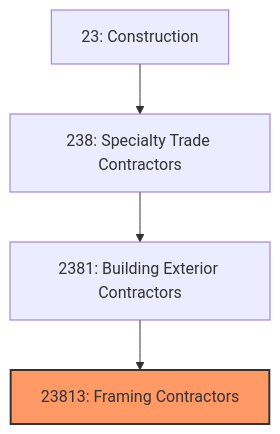
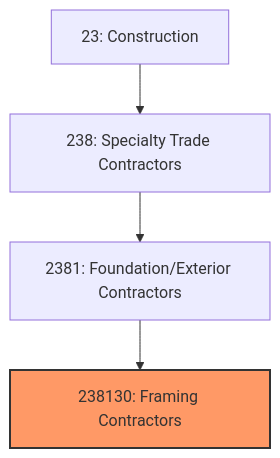
The first of 3 diagrams in industries/Construction/SpecialtyTradeContractors/BuildingExteriorContractors/FramingContractors.mdx (kziemski/business.org.ai), drawn with Mermaid before and after one commit. The commit also changed other lines of this file and 20 other files, not shown here.

````diff
--- a/industries/Construction/SpecialtyTradeContractors/BuildingExteriorContractors/FramingContractors.mdx
+++ b/industries/Construction/SpecialtyTradeContractors/BuildingExteriorContractors/FramingContractors.mdx
@@ -20,8 +36,8 @@
 ```mermaid
 graph TD
     S23["23: Construction"]
     S23 --> N238["238: Specialty Trade Contractors"]
-    N238 --> N2381["2381: Building Exterior Contractors"]
-    N2381 --> N23813["23813: Framing Contractors"]
-    style N23813 fill:#f96,stroke:#333,stroke-width:2px
+    N238 --> N2381["2381: Foundation/Exterior Contractors"]
+    N2381 --> N238130["238130: Framing Contractors"]
+    style N238130 fill:#f96,stroke:#333,stroke-width:2px
 ```
````
